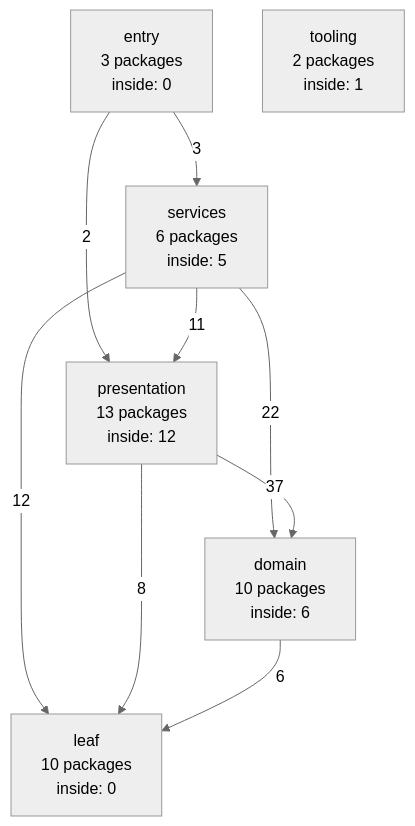
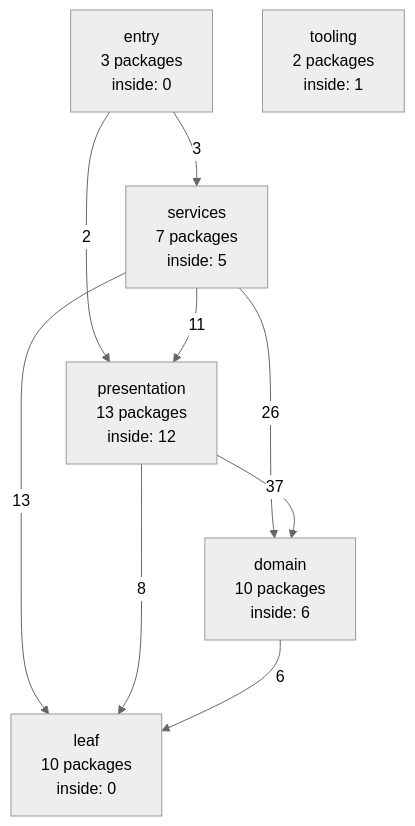
Before and after one commit to ladydascalie/dm: the diagram in docs/internals/generated/package-graph.md, drawn with Mermaid (neutral theme). The commit also changed other lines of this file and 5 other files, not shown here.

````diff
--- a/docs/internals/generated/package-graph.md
+++ b/docs/internals/generated/package-graph.md
@@ -58,17 +58,17 @@
 ```mermaid
 flowchart TD
   entry["entry<br/>3 packages<br/>inside: 0"]
-  services["services<br/>6 packages<br/>inside: 5"]
+  services["services<br/>7 packages<br/>inside: 5"]
   presentation["presentation<br/>13 packages<br/>inside: 12"]
   domain["domain<br/>10 packages<br/>inside: 6"]
   leaf["leaf<br/>10 packages<br/>inside: 0"]
   tooling["tooling<br/>2 packages<br/>inside: 1"]
   entry -->|3| services
   entry -->|2| presentation
   services -->|11| presentation
-  services -->|22| domain
-  services -->|12| leaf
+  services -->|26| domain
+  services -->|13| leaf
   presentation -->|37| domain
   presentation -->|8| leaf
   domain -->|6| leaf
 ```
````
